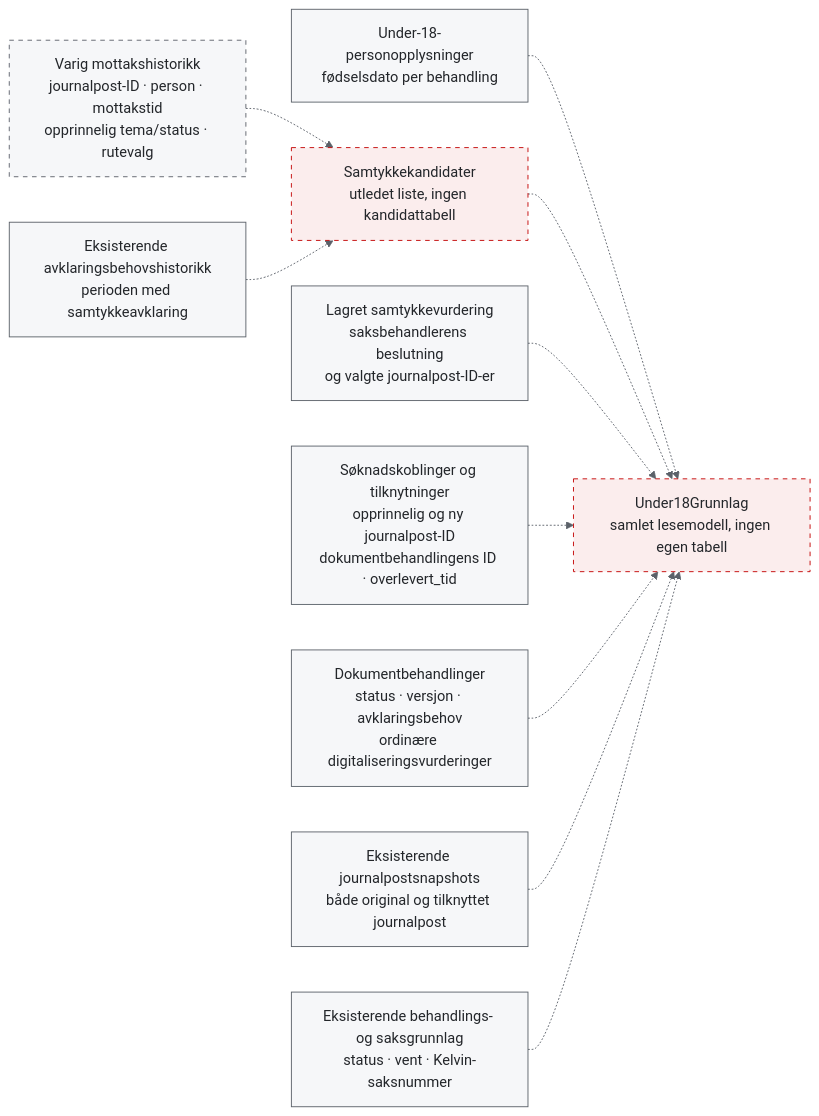
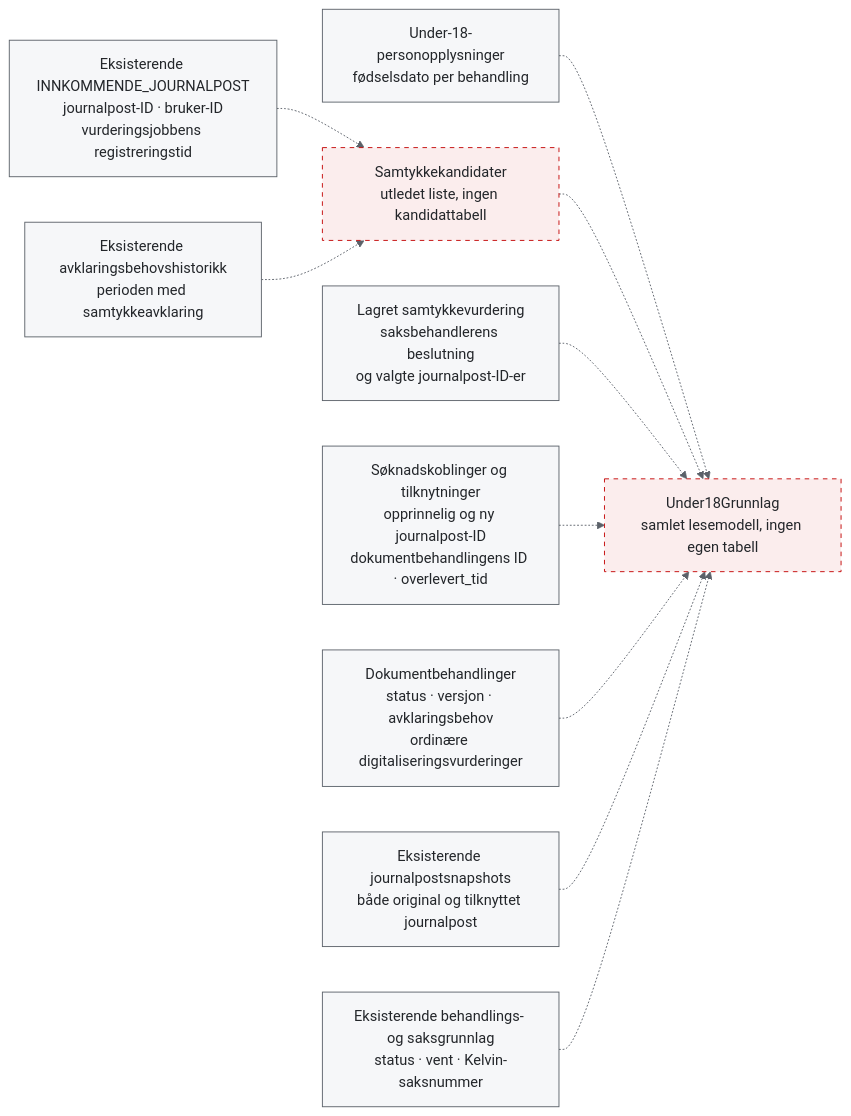
The fourth of 5 diagrams in under-18-flyt.md (navikt/aap-postmottak-backend), drawn with Mermaid before and after one commit. The commit also changed other lines of this file and 2 other files, not shown here.

Commit message:
AAP-KONTOR-MIGRERING Validere riktig person (#989)

````diff
--- a/under-18-flyt.md
+++ b/under-18-flyt.md
@@ -365,29 +377,27 @@
 ```mermaid
 %%{init: {"theme":"base","themeVariables":{"primaryColor":"#F6F7F9","primaryTextColor":"#23262A","primaryBorderColor":"#5B6169","lineColor":"#5B6169","secondaryColor":"#FBEDED","tertiaryColor":"#F6F7F9","background":"#FFFFFF"}}}%%
 flowchart LR
-    mottak["Varig mottakshistorikk<br/>journalpost-ID · person · mottakstid<br/>opprinnelig tema/status · rutevalg"]
+    mottak["Eksisterende INNKOMMENDE_JOURNALPOST<br/>journalpost-ID · bruker-ID<br/>vurderingsjobbens registreringstid"]
     personopplysninger["Under-18-personopplysninger<br/>fødselsdato per behandling"]
     historikk["Eksisterende avklaringsbehovshistorikk<br/>perioden med samtykkeavklaring"]
     kandidater["Samtykkekandidater<br/>utledet liste, ingen kandidattabell"]
     samtykke["Lagret samtykkevurdering<br/>saksbehandlerens beslutning<br/>og valgte journalpost-ID-er"]
     soknader["Søknadskoblinger og tilknytninger<br/>opprinnelig og ny journalpost-ID<br/>dokumentbehandlingens ID · overlevert_tid"]
     dokumentbehandlinger["Dokumentbehandlinger<br/>status · versjon · avklaringsbehov<br/>ordinære digitaliseringsvurderinger"]
     journalposter["Eksisterende journalpostsnapshots<br/>både original og tilknyttet journalpost"]
     behandling["Eksisterende behandlings- og saksgrunnlag<br/>status · vent · Kelvin-saksnummer"]
     grunnlag["Under18Grunnlag<br/>samlet lesemodell, ingen egen tabell"]
     mottak -.-> kandidater
     personopplysninger -.-> grunnlag
     historikk -.-> kandidater
     kandidater -.-> grunnlag
     samtykke -.-> grunnlag
     soknader -.-> grunnlag
     dokumentbehandlinger -.-> grunnlag
     journalposter -.-> grunnlag
     behandling -.-> grunnlag
     classDef lagret fill:#F6F7F9,stroke:#5B6169,color:#23262A
     classDef utledet fill:#FBEDED,stroke:#C30000,color:#23262A,stroke-dasharray:5 5
-    classDef uavklart fill:#F6F7F9,stroke:#5B6169,color:#23262A,stroke-dasharray:5 5
-    class personopplysninger,historikk,samtykke,soknader,dokumentbehandlinger,journalposter,behandling lagret
+    class mottak,personopplysninger,historikk,samtykke,soknader,dokumentbehandlinger,journalposter,behandling lagret
     class kandidater,grunnlag utledet
-    class mottak uavklart
 ```
````
